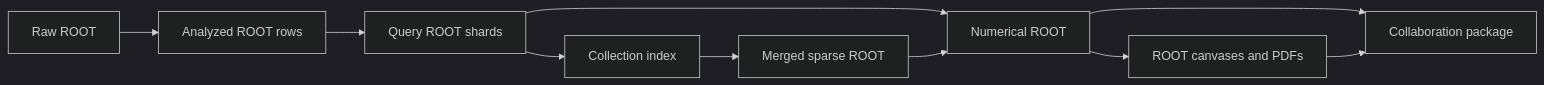
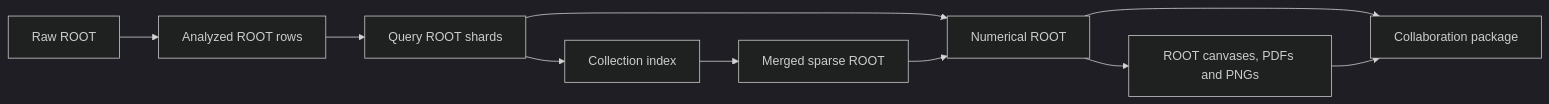
One commit to Waxpardo/Hadronization changed the diagram in README.md. Above: the diagram before and after it, drawn with Mermaid (dark theme). The commit also changed other lines of this file and 155 other files, not shown here.

````diff
--- a/README.md
+++ b/README.md
@@ -41,12 +41,12 @@
 ```mermaid
 flowchart LR
   R[Raw ROOT] --> A[Analyzed ROOT rows]
   A --> Q[Query ROOT shards]
   Q --> C[Collection index]
   C --> M[Merged sparse ROOT]
   Q --> N[Numerical ROOT]
   M --> N
-  N --> F[ROOT canvases and PDFs]
+  N --> F[ROOT canvases, PDFs and PNGs]
   N --> P[Collaboration package]
   F --> P
 ```
````
